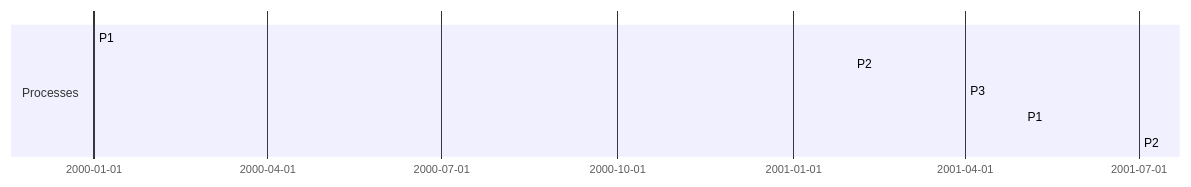
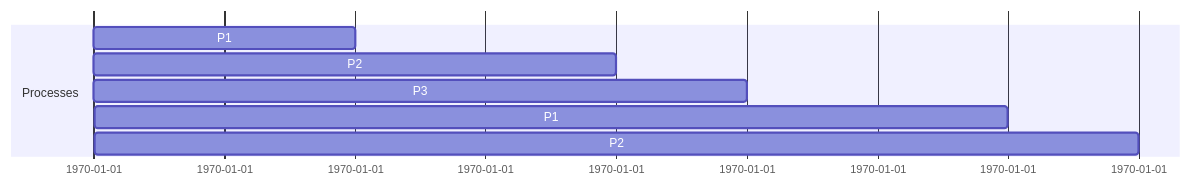
The diagram in scheduling.md (firdaceah/SisOp-2025), drawn with Mermaid before and after one commit.

Commit message:
scheduling update

````diff
--- a/scheduling.md
+++ b/scheduling.md
@@ -68,9 +68,10 @@
 ```mermaid
 gantt
+    dateFormat  X
     section Processes
     P1:0,2
     P2:2,4
     P3:4,5
     P1:5,7
     P2:7,8
 ```
````
